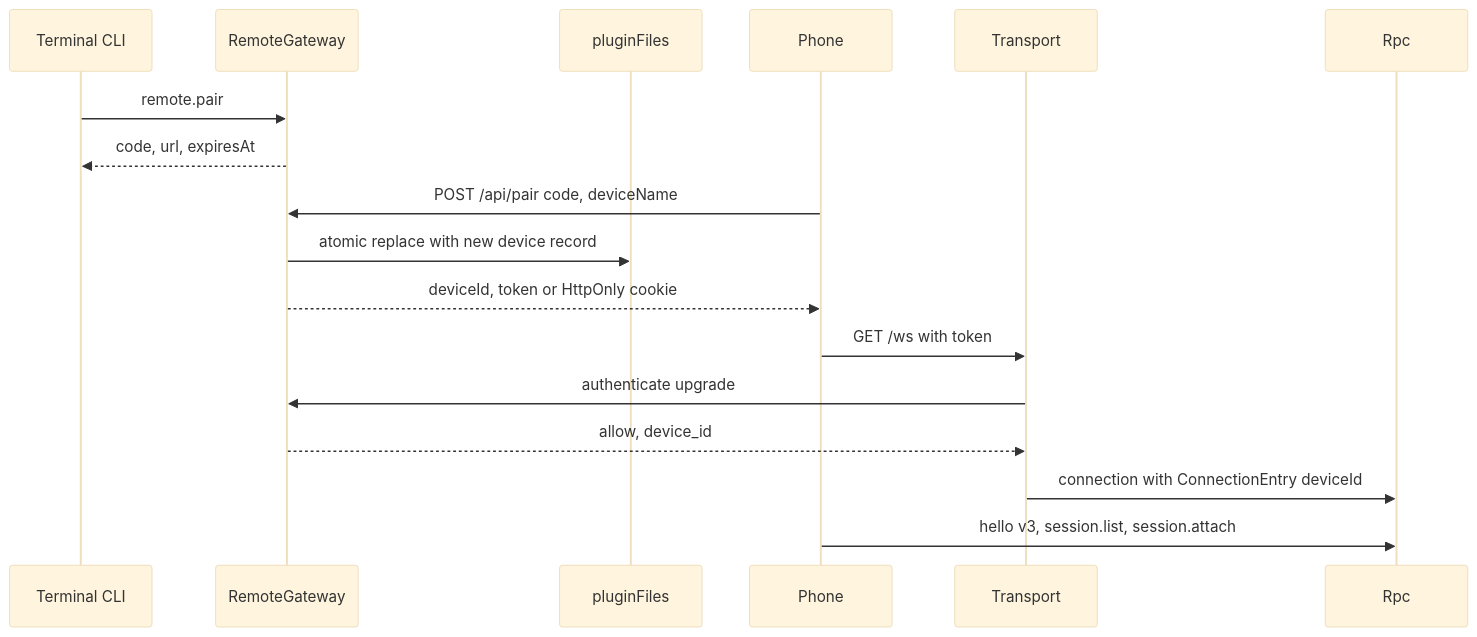
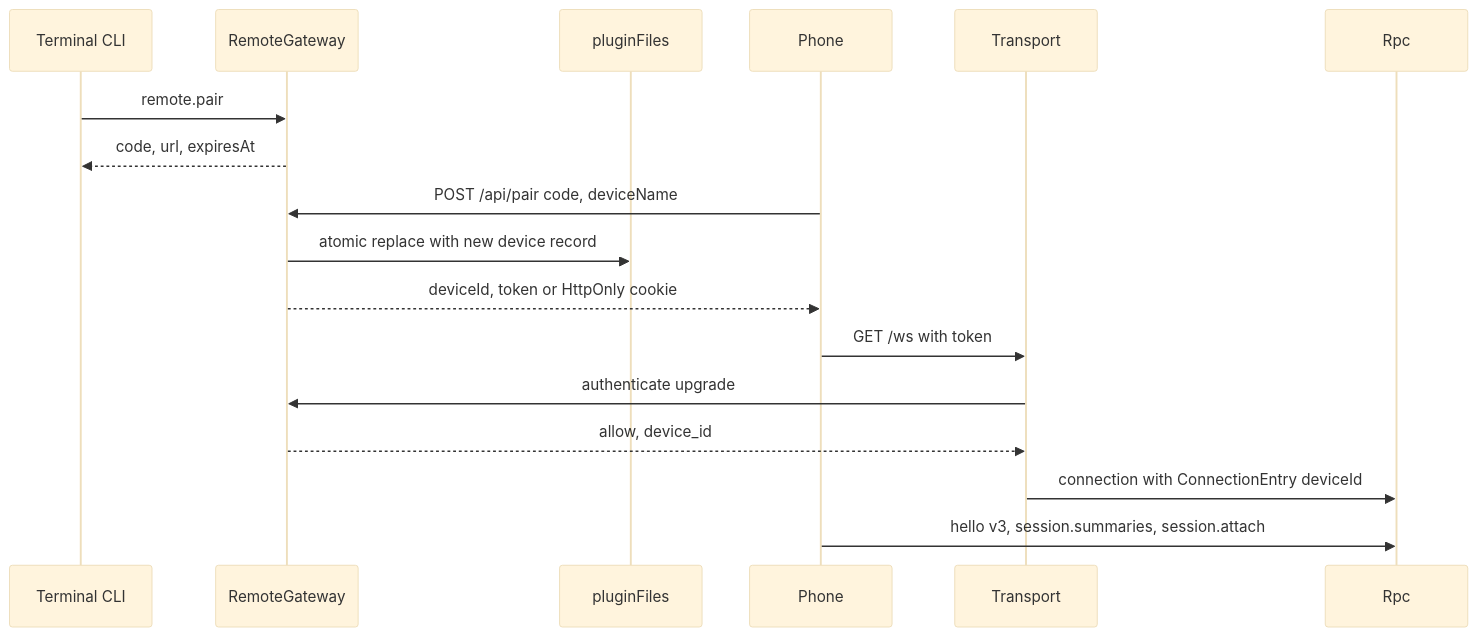
Before and after one commit to CoutinhoTTS/dim-agent: the third of 6 diagrams in docs/design/plugins/RemoteGateway.md, drawn with Mermaid (base theme). The commit also changed 50 other files, not shown here.

First line of the commit message:
Remove the unpaged session.list method

````diff
--- a/docs/design/plugins/RemoteGateway.md
+++ b/docs/design/plugins/RemoteGateway.md
@@ -80,19 +80,19 @@
 ```mermaid
 sequenceDiagram
   participant U as Terminal CLI
   participant RG as RemoteGateway
   participant PS as pluginFiles
   participant D as Phone
   participant T as Transport
   participant R as Rpc
   U->>RG: remote.pair
   RG-->>U: code, url, expiresAt
   D->>RG: POST /api/pair code, deviceName
   RG->>PS: atomic replace with new device record
   RG-->>D: deviceId, token or HttpOnly cookie
   D->>T: GET /ws with token
   T->>RG: authenticate upgrade
   RG-->>T: allow, device_id
   T->>R: connection with ConnectionEntry deviceId
-  D->>R: hello v3, session.list, session.attach
+  D->>R: hello v3, session.summaries, session.attach
 ```
````
